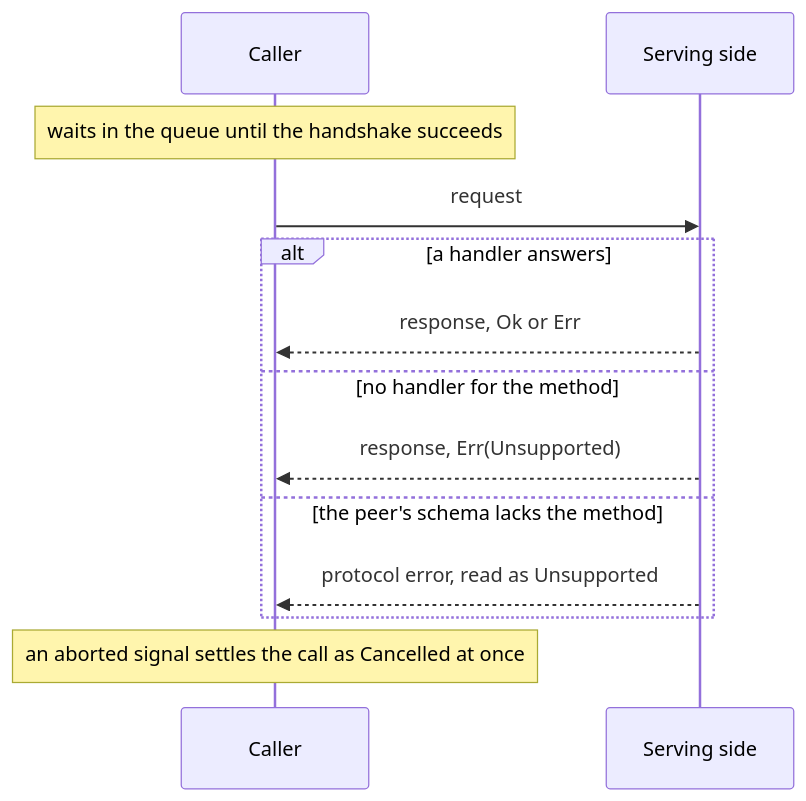
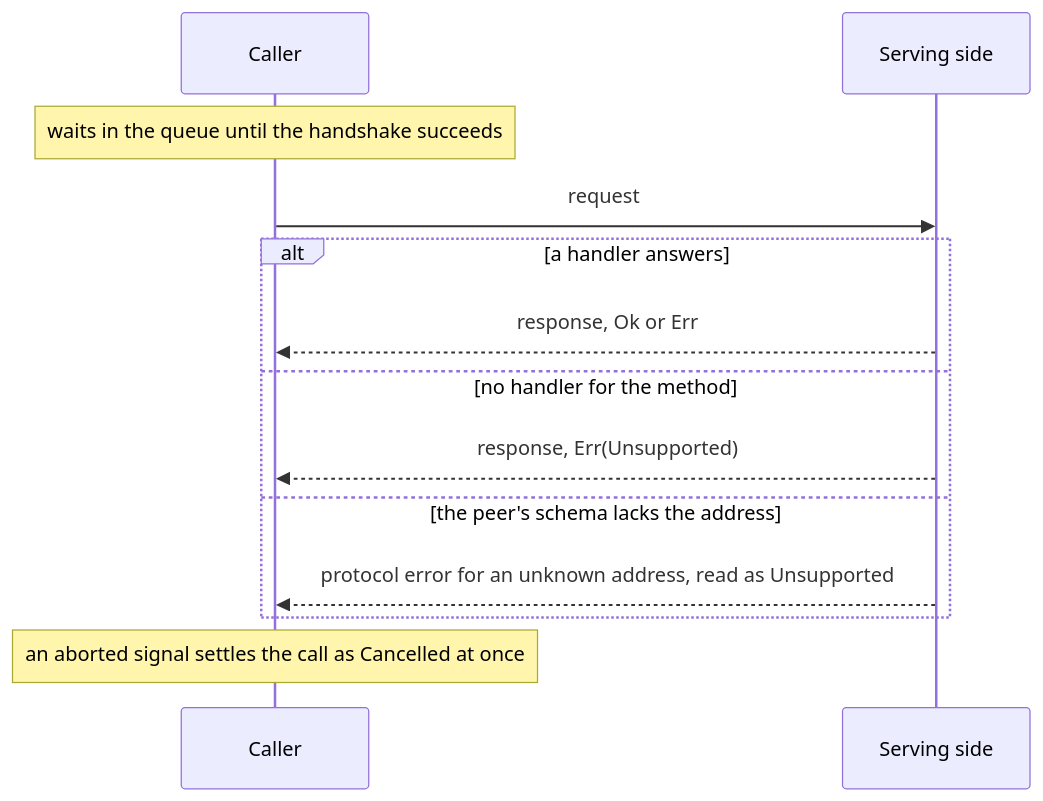
The second of 3 diagrams in packages/transport/README.md (paritytech/dotli-community), drawn with Mermaid before and after one commit. The commit also changed other lines of this file and 1 other file, not shown here.

Commit message:
docs(protocol): the hello's resolution id and a request's local Unsupported read as the code does

````diff
--- a/packages/transport/README.md
+++ b/packages/transport/README.md
@@ -66,15 +66,15 @@
 ```mermaid
 sequenceDiagram
   participant C as Caller
   participant H as Serving side
   Note over C: waits in the queue until the handshake succeeds
   C->>H: request
   alt a handler answers
     H-->>C: response, Ok or Err
   else no handler for the method
     H-->>C: response, Err(Unsupported)
-  else the peer's schema lacks the method
-    H-->>C: protocol error, read as Unsupported
+  else the peer's schema lacks the address
+    H-->>C: protocol error for an unknown address, read as Unsupported
   end
   Note over C: an aborted signal settles the call as Cancelled at once
 ```
````
